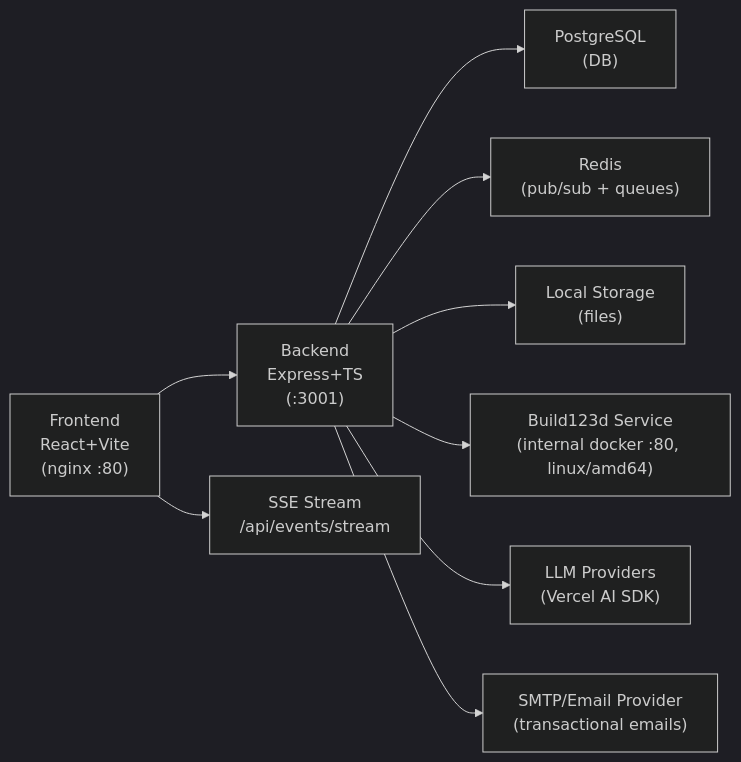
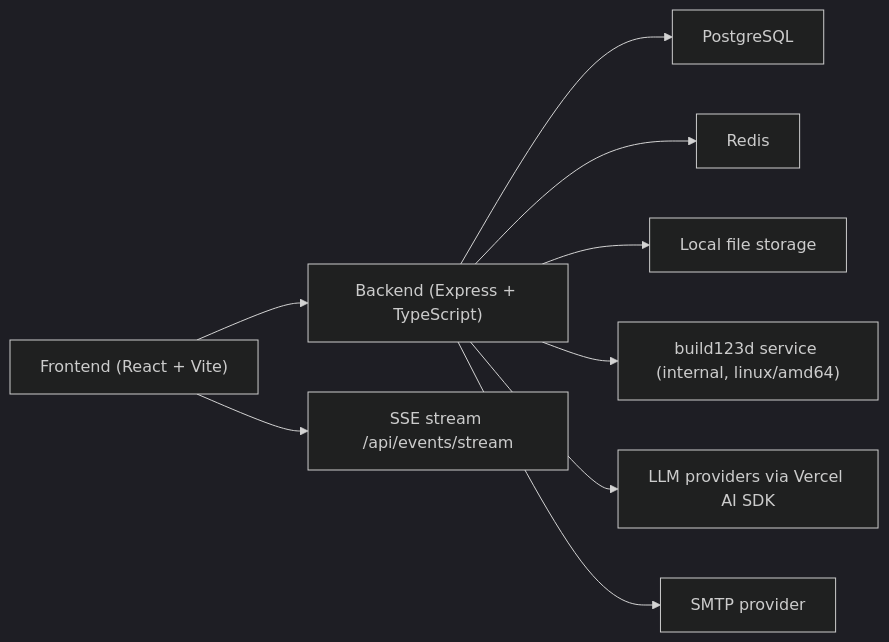
Before and after one commit to kreuzhofer/chat3d-app: the diagram in docker_migration_plan.md, drawn with Mermaid (dark theme). The commit also changed other lines of this file and 81 other files, not shown here.

````diff
--- a/docker_migration_plan.md
+++ b/docker_migration_plan.md
@@ -21,11 +21,11 @@
 ```mermaid
 graph LR
-    Frontend["Frontend\nReact+Vite\n(nginx :80)"] --> Backend["Backend\nExpress+TS\n(:3001)"]
-    Frontend --> SSE["SSE Stream\n/api/events/stream"]
-    Backend --> PostgreSQL["PostgreSQL\n(DB)"]
-    Backend --> Redis["Redis\n(pub/sub + queues)"]
-    Backend --> Storage["Local Storage\n(files)"]
-    Backend --> Build123d["Build123d Service\n(internal docker :80, linux/amd64)"]
-    Backend --> LLM["LLM Providers\n(Vercel AI SDK)"]
-    Backend --> Email["SMTP/Email Provider\n(transactional emails)"]
+  FE["Frontend (React + Vite)"] --> BE["Backend (Express + TypeScript)"]
+  FE --> SSE["SSE stream /api/events/stream"]
+  BE --> PG["PostgreSQL"]
+  BE --> REDIS["Redis"]
+  BE --> FS["Local file storage"]
+  BE --> B123D["build123d service (internal, linux/amd64)"]
+  BE --> LLM["LLM providers via Vercel AI SDK"]
+  BE --> SMTP["SMTP provider"]
 ```
````
